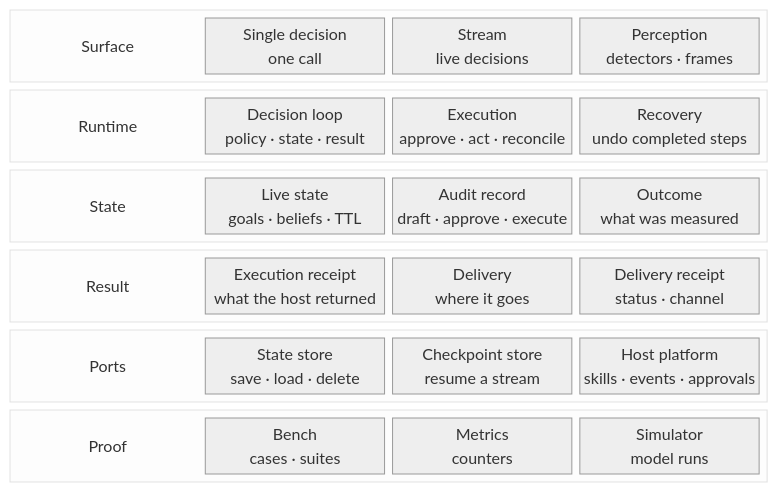
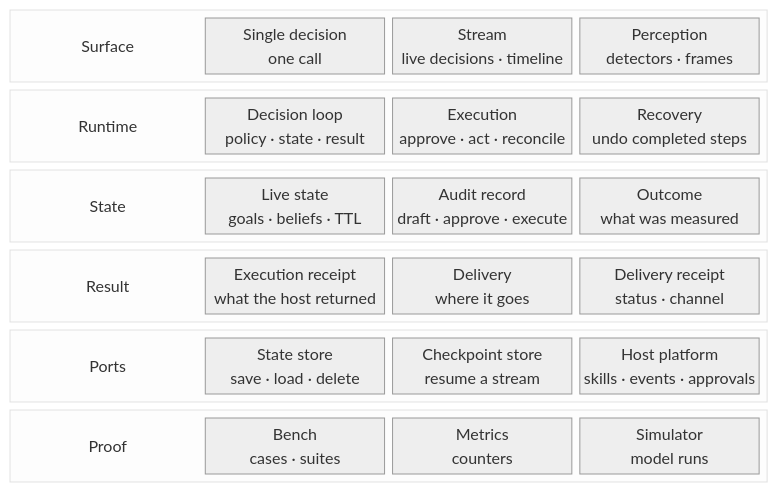
The diagram in docs/03-appkit/00-architecture.md (michaelatamuk/laix), drawn with Mermaid (neutral theme) before and after one commit. The commit also changed other lines of this file and 15 other files, not shown here.

First line of the commit message:
feat(appkit): add decision timeline semantics

````diff
--- a/docs/03-appkit/00-architecture.md
+++ b/docs/03-appkit/00-architecture.md
@@ -9,59 +9,59 @@
 ```mermaid
 block-beta
     columns 1
 
     block:surface_group
         columns 4
         surface_label["Surface"]
         layer["Single decision<br/>one call"]
-        stream["Stream<br/>live decisions"]
+        stream["Stream<br/>live decisions · timeline"]
         live["Perception<br/>detectors · frames"]
     end
 
     block:runtime_group
         columns 4
         runtime_label["Runtime"]
         runtime["Decision loop<br/>policy · state · result"]
         execution["Execution<br/>approve · act · reconcile"]
         saga["Recovery<br/>undo completed steps"]
     end
 
     block:state_group
         columns 4
         state_label["State"]
         state["Live state<br/>goals · beliefs · TTL"]
         record["Audit record<br/>draft · approve · execute"]
         outcomes["Outcome<br/>what was measured"]
     end
 
     block:result_group
         columns 4
         result_label["Result"]
         receipt["Execution receipt<br/>what the host returned"]
         delivery["Delivery<br/>where it goes"]
         delivery_receipt["Delivery receipt<br/>status · channel"]
     end
 
     block:ports_group
         columns 4
         ports_label["Ports"]
         state_store["State store<br/>save · load · delete"]
         checkpoint["Checkpoint store<br/>resume a stream"]
         platform["Host platform<br/>skills · events · approvals"]
     end
 
     block:proof_group
         columns 4
         proof_label["Proof"]
         bench["Bench<br/>cases · suites"]
         metrics["Metrics<br/>counters"]
         simulator["Simulator<br/>model runs"]
     end
 
     style surface_label fill:transparent,stroke:transparent,font-size:22px,font-weight:bold
     style runtime_label fill:transparent,stroke:transparent,font-size:14px,font-weight:bold
     style state_label fill:transparent,stroke:transparent,font-weight:bold
     style result_label fill:transparent,stroke:transparent,font-weight:bold
     style ports_label fill:transparent,stroke:transparent,font-weight:bold
     style proof_label fill:transparent,stroke:transparent,font-weight:bold
 ```
````
